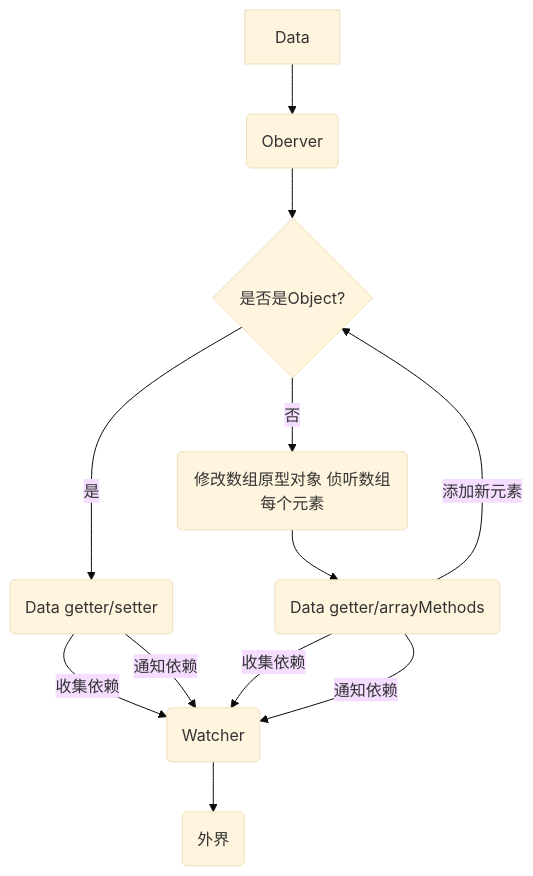
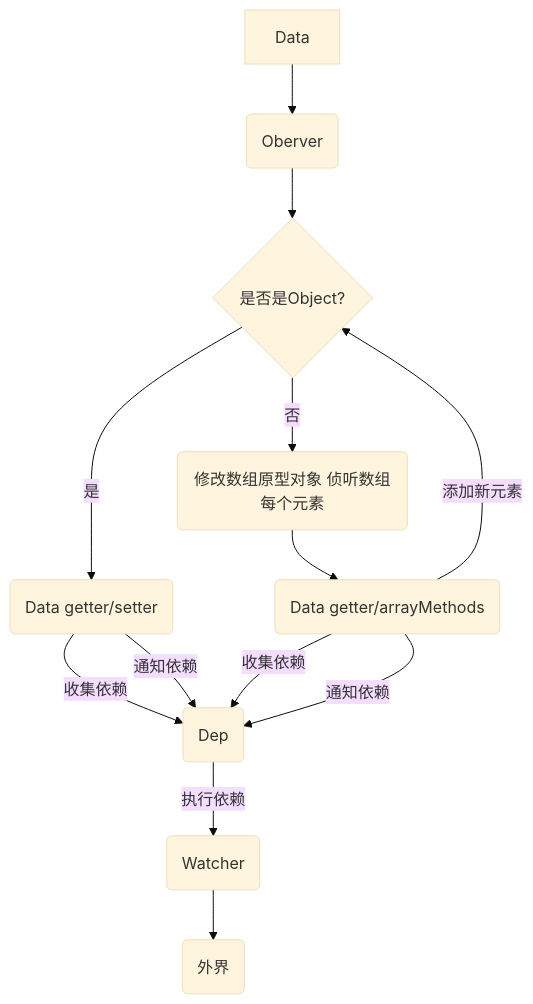
Before and after one commit to leglegend/learn-vue: the diagram in Vue2/2-Array的变化侦测/README.md, drawn with Mermaid (base theme). The commit also changed 2 other files, not shown here.

````diff
--- a/Vue2/2-Array的变化侦测/README.md
+++ b/Vue2/2-Array的变化侦测/README.md
@@ -20,14 +20,15 @@
 ```mermaid
 graph TD
 A[Data]-->B(Oberver)
 B-->C{是否是Object?}
 C-->|是|D(Data getter/setter)
 C-->|否|F(修改数组原型对象 侦听数组每个元素)
 F-->E(Data getter/arrayMethods)
-D-->|收集依赖|G(Watcher)
-D-->|通知依赖|G(Watcher)
-E-->|收集依赖|G(Watcher)
-E-->|通知依赖|G(Watcher)
+D-->|收集依赖|I
+D-->|通知依赖|I
+E-->|收集依赖|I
+E-->|通知依赖|I
 E-->|添加新元素|C
+I(Dep)-->|执行依赖|G(Watcher)
 G-->H(外界)
 ```
````
